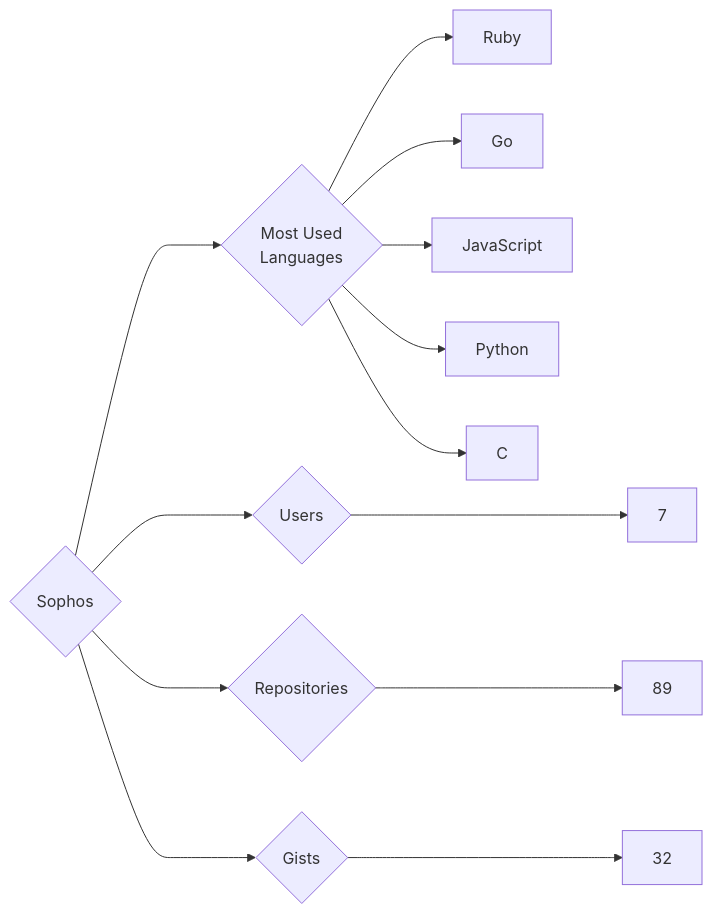
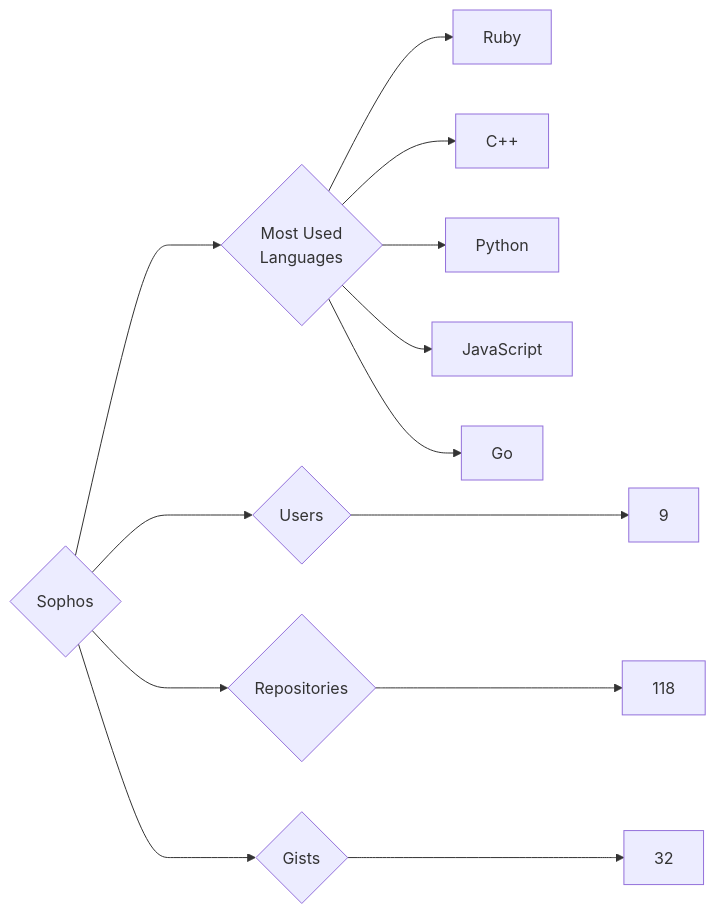
The diagram in targets/Sophos/README.md (trickest/insiders), drawn with Mermaid before and after one commit. The commit also changed 1248 other files, not shown here.

````diff
--- a/targets/Sophos/README.md
+++ b/targets/Sophos/README.md
@@ -3,13 +3,13 @@
 ```mermaid
 graph LR
 COMPANY_NAME{Sophos}
-COMPANY_NAME ---> U{Users} ---> UN[7]
-COMPANY_NAME ---> R{Repositories} ---> RN[89]
+COMPANY_NAME ---> U{Users} ---> UN[9]
+COMPANY_NAME ---> R{Repositories} ---> RN[118]
 COMPANY_NAME ---> G{Gists} ---> GN[32]
 COMPANY_NAME ---> ML{Most Used<br>Languages}
 ML --> Ruby[Ruby]
+ML --> C++[C++]
+ML --> Python[Python]
+ML --> JavaScript[JavaScript]
 ML --> Go[Go]
-ML --> JavaScript[JavaScript]
-ML --> Python[Python]
-ML --> C[C]
 ```
````
